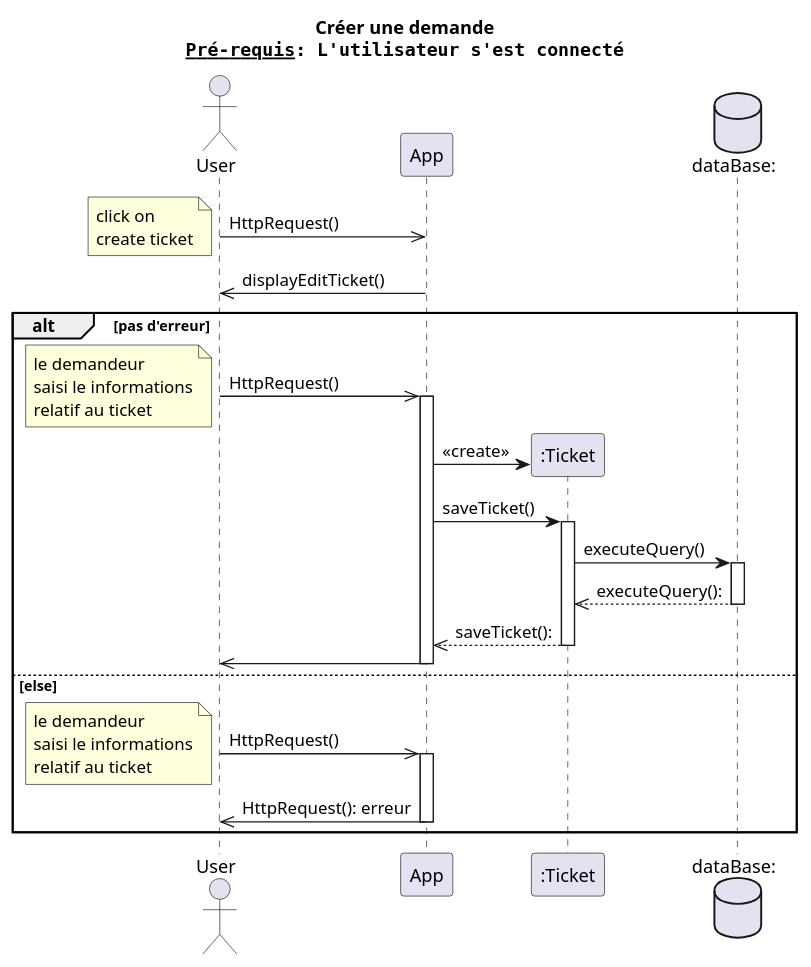
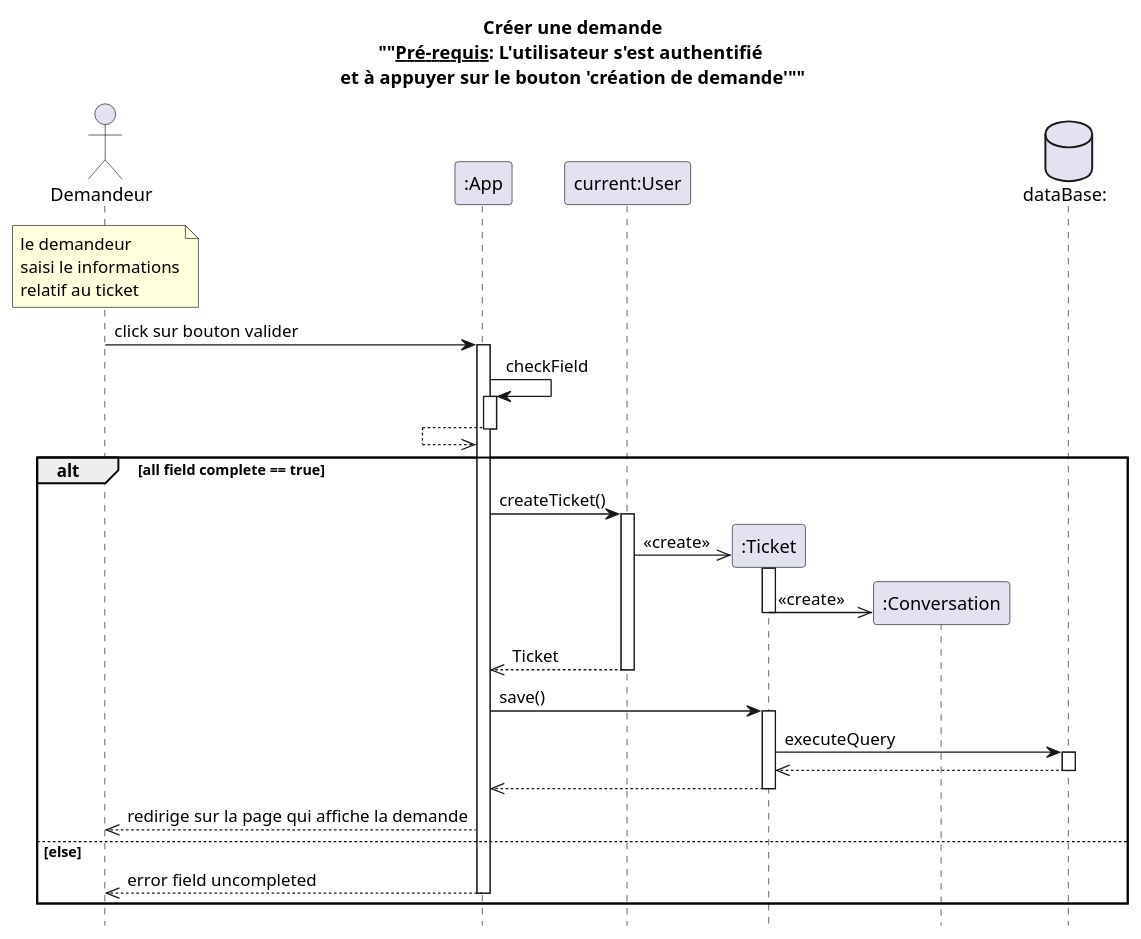
Before and after one commit to dorianleveque/CoHub: the diagram in docs/UML/diagrammes séquence/creer une demande.puml, drawn with PlantUML. The commit also changed 7 other files, not shown here.

Commit message:
update documentation + diagramme séquence

```diff
--- a/docs/UML/diagrammes séquence/creer une demande.puml
+++ b/docs/UML/diagrammes séquence/creer une demande.puml
@@ -1,37 +1,45 @@
 @startuml créer une demande
-title Créer une demande\n""__Pré-requis__: L'utilisateur s'est connecté""
+title Créer une demande\n""__Pré-requis__: L'utilisateur s'est authentifié \net à appuyer sur le bouton 'création de demande'""
 
+actor client as "Demandeur" order 1
+participant app as ":App"   order 2
+participant user as "current:User" order 3
+database bdd as "dataBase:" order 6
+hide footbox
 
-actor client as "User" order 1
-participant app as "App"   order 2
-database bdd as "dataBase:" order 4
+note over client : le demandeur\nsaisi le informations\nrelatif au ticket
+client -> app: click sur bouton valider
+activate app
 
-client ->> app : HttpRequest()
-note left : click on \ncreate ticket
-app ->> client : displayEditTicket()
+app -> app : checkField
+activate app
+app <<-- app
+deactivate app
+alt all field complete == true
+    app -> user: createTicket()
+    activate user
+    create ticket as ":Ticket" order 4
+    user ->> ticket: <<create>>
+    create conv as ":Conversation" order 5 
+    activate ticket
+    ticket ->> conv : <<create>>
+    deactivate ticket
+    app <<--user : Ticket
+    deactivate user
 
-alt pas d'erreur
-    client ->> app : HttpRequest()
-    note left : le demandeur\nsaisi le informations\nrelatif au ticket
-    activate app
-    create ticketClass as ":Ticket" order 3
-    app -> ticketClass : <<create>>
-    app -> ticketClass : saveTicket()
-    activate ticketClass
-    ticketClass -> bdd : executeQuery()
+    app -> ticket: save()
+    activate ticket
+    ticket -> bdd : executeQuery
     activate bdd
-    bdd -->> ticketClass : executeQuery():
+    ticket <<-- bdd
     deactivate bdd
-    ticketClass -->> app : saveTicket():
-    deactivate ticketClass
-    app ->> client
-    deactivate app
+    app <<-- ticket
+    deactivate ticket
+    client <<-- app: redirige sur la page qui affiche la demande
 else else
-    client ->> app : HttpRequest()
-    note left : le demandeur\nsaisi le informations\nrelatif au ticket
-    activate app
-    app ->> client: HttpRequest(): erreur
+    client <<-- app: error field uncompleted
     deactivate app
 end
 
+
 @enduml
```
